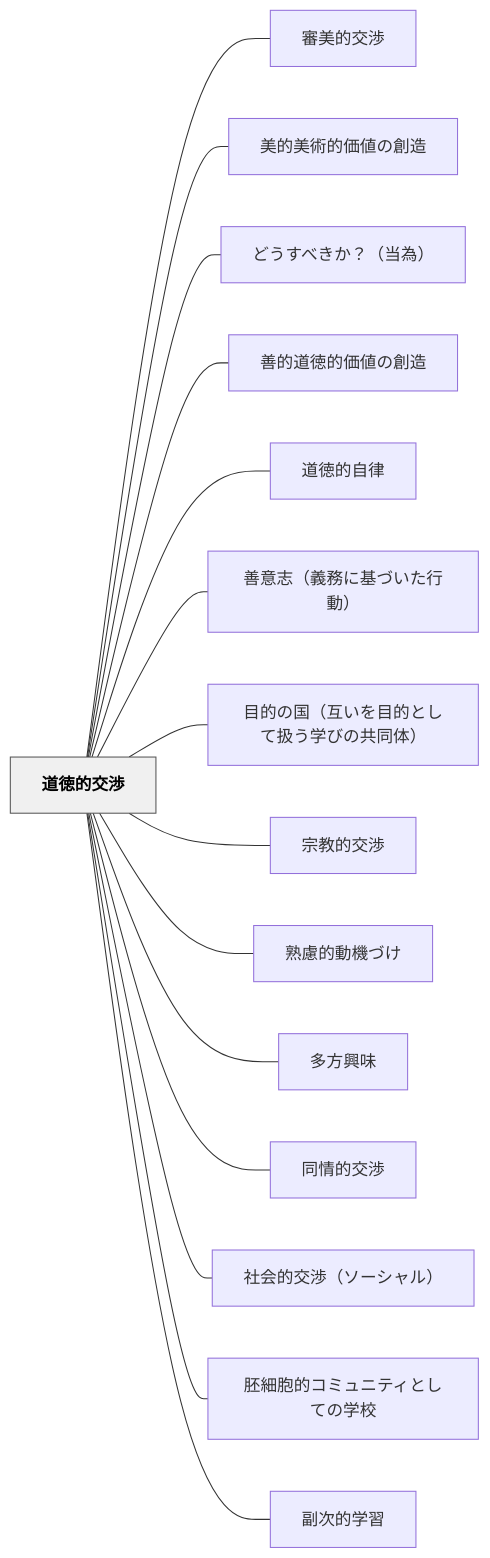
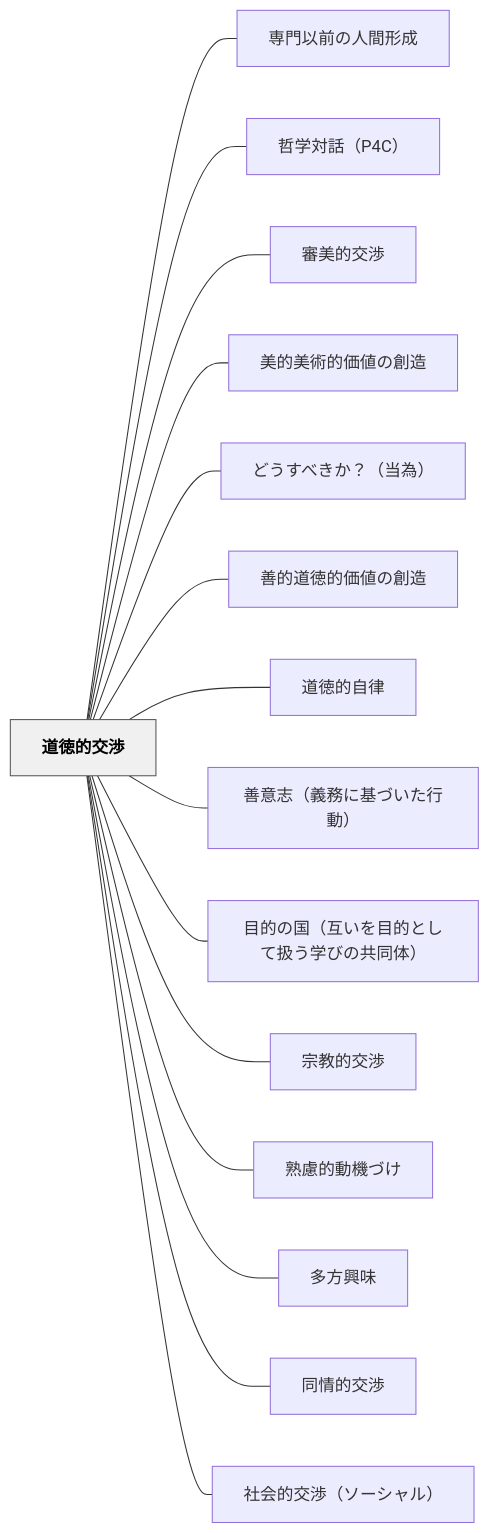
One commit to unknownthings-ed-patterns/unknownthings-ed-patterns changed the diagram in content/パタン/道徳的交渉.md. Above: the diagram before and after it, drawn with Mermaid. The commit also changed other lines of this file and 185 other files, not shown here.

````diff
--- a/content/パタン/道徳的交渉.md
+++ b/content/パタン/道徳的交渉.md
@@ -97,36 +97,36 @@
 ```mermaid
 flowchart LR
     ne98193e5beb3e79a84e4baa4e6b889["道徳的交渉"]
+    ne5b082e99680e4bba5e5898de381aee4babae99693e5bda2e68890["専門以前の人間形成"]
+    ne593b2e5ada6e5afbee8a9b1efbc88503443efbc89["哲学対話（P4C）"]
     ne5afa9e7be8ee79a84e4baa4e6b889["審美的交渉"]
     ne7be8ee79a84e7be8ee8a193e79a84e4bea1e580a4e381aee589b5e980a0["美的美術的価値の創造"]
     ne381a9e38186e38199e381b9e3818de3818befbc9fefbc88e5bd93e782baefbc89["どうすべきか？（当為）"]
     ne59684e79a84e98193e5beb3e79a84e4bea1e580a4e381aee589b5e980a0["善的道徳的価値の創造"]
     ne98193e5beb3e79a84e887aae5be8b["道徳的自律"]
     ne59684e6848fe5bf97efbc88e7bea9e58b99e381abe59fbae381a5e38184e3819fe8a18ce58b95efbc89["善意志（義務に基づいた行動）"]
     ne79baee79a84e381aee59bbdefbc88e4ba92e38184e38292e79baee79a84e381a8e38197e381a6e689b1e38186e5ada6e381b3e381aee585b1e5908ce4bd93efbc89["目的の国（互いを目的として扱う学びの共同体）"]
     ne5ae97e69599e79a84e4baa4e6b889["宗教的交渉"]
     ne7869fe685aee79a84e58b95e6a99fe381a5e38191["熟慮的動機づけ"]
     ne5a49ae696b9e88888e591b3["多方興味"]
     ne5908ce68385e79a84e4baa4e6b889["同情的交渉"]
     ne7a4bee4bc9ae79a84e4baa4e6b889efbc88e382bde383bce382b7e383a3e383abefbc89["社会的交渉（ソーシャル）"]
-    ne8839ae7b4b0e8839ee79a84e382b3e3839fe383a5e3838be38386e382a3e381a8e38197e381a6e381aee5ada6e6a0a1["胚細胞的コミュニティとしての学校"]
-    ne589afe6aca1e79a84e5ada6e7bf92["副次的学習"]
 
+    ne98193e5beb3e79a84e4baa4e6b889 --- ne5b082e99680e4bba5e5898de381aee4babae99693e5bda2e68890
+    ne98193e5beb3e79a84e4baa4e6b889 --- ne593b2e5ada6e5afbee8a9b1efbc88503443efbc89
     ne98193e5beb3e79a84e4baa4e6b889 --- ne5afa9e7be8ee79a84e4baa4e6b889
     ne98193e5beb3e79a84e4baa4e6b889 --- ne7be8ee79a84e7be8ee8a193e79a84e4bea1e580a4e381aee589b5e980a0
     ne98193e5beb3e79a84e4baa4e6b889 --- ne381a9e38186e38199e381b9e3818de3818befbc9fefbc88e5bd93e782baefbc89
     ne98193e5beb3e79a84e4baa4e6b889 --- ne59684e79a84e98193e5beb3e79a84e4bea1e580a4e381aee589b5e980a0
     ne98193e5beb3e79a84e4baa4e6b889 --- ne98193e5beb3e79a84e887aae5be8b
     ne98193e5beb3e79a84e4baa4e6b889 --- ne59684e6848fe5bf97efbc88e7bea9e58b99e381abe59fbae381a5e38184e3819fe8a18ce58b95efbc89
     ne98193e5beb3e79a84e4baa4e6b889 --- ne79baee79a84e381aee59bbdefbc88e4ba92e38184e38292e79baee79a84e381a8e38197e381a6e689b1e38186e5ada6e381b3e381aee585b1e5908ce4bd93efbc89
     ne98193e5beb3e79a84e4baa4e6b889 --- ne5ae97e69599e79a84e4baa4e6b889
     ne98193e5beb3e79a84e4baa4e6b889 --- ne7869fe685aee79a84e58b95e6a99fe381a5e38191
     ne98193e5beb3e79a84e4baa4e6b889 --- ne5a49ae696b9e88888e591b3
     ne98193e5beb3e79a84e4baa4e6b889 --- ne5908ce68385e79a84e4baa4e6b889
     ne98193e5beb3e79a84e4baa4e6b889 --- ne7a4bee4bc9ae79a84e4baa4e6b889efbc88e382bde383bce382b7e383a3e383abefbc89
-    ne98193e5beb3e79a84e4baa4e6b889 --- ne8839ae7b4b0e8839ee79a84e382b3e3839fe383a5e3838be38386e382a3e381a8e38197e381a6e381aee5ada6e6a0a1
-    ne98193e5beb3e79a84e4baa4e6b889 --- ne589afe6aca1e79a84e5ada6e7bf92
 
     classDef hub fill:#f0f0f0,stroke:#555,color:#000,font-weight:bold
     class ne98193e5beb3e79a84e4baa4e6b889 hub
 ```
````
